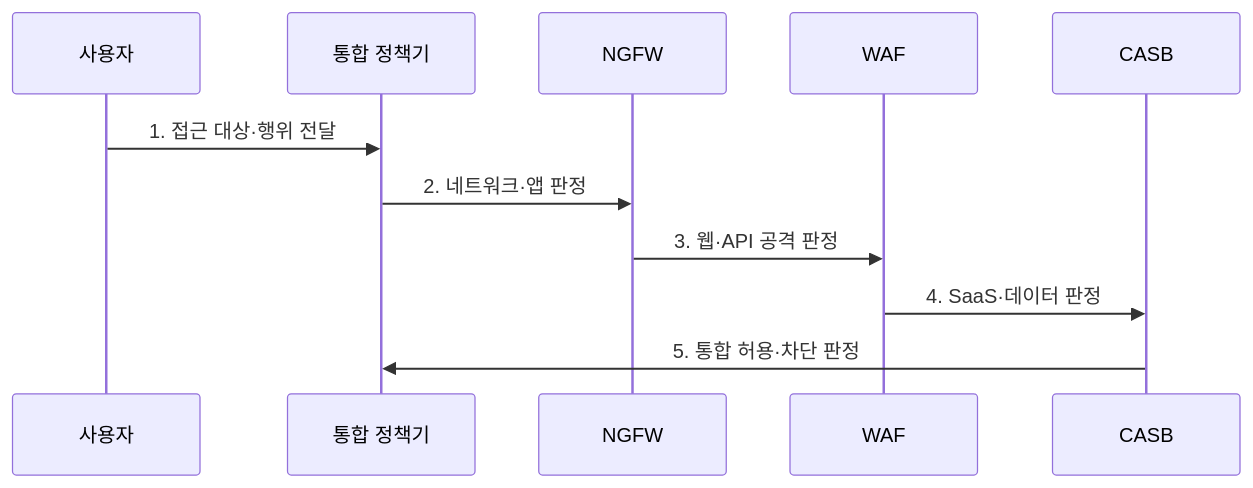
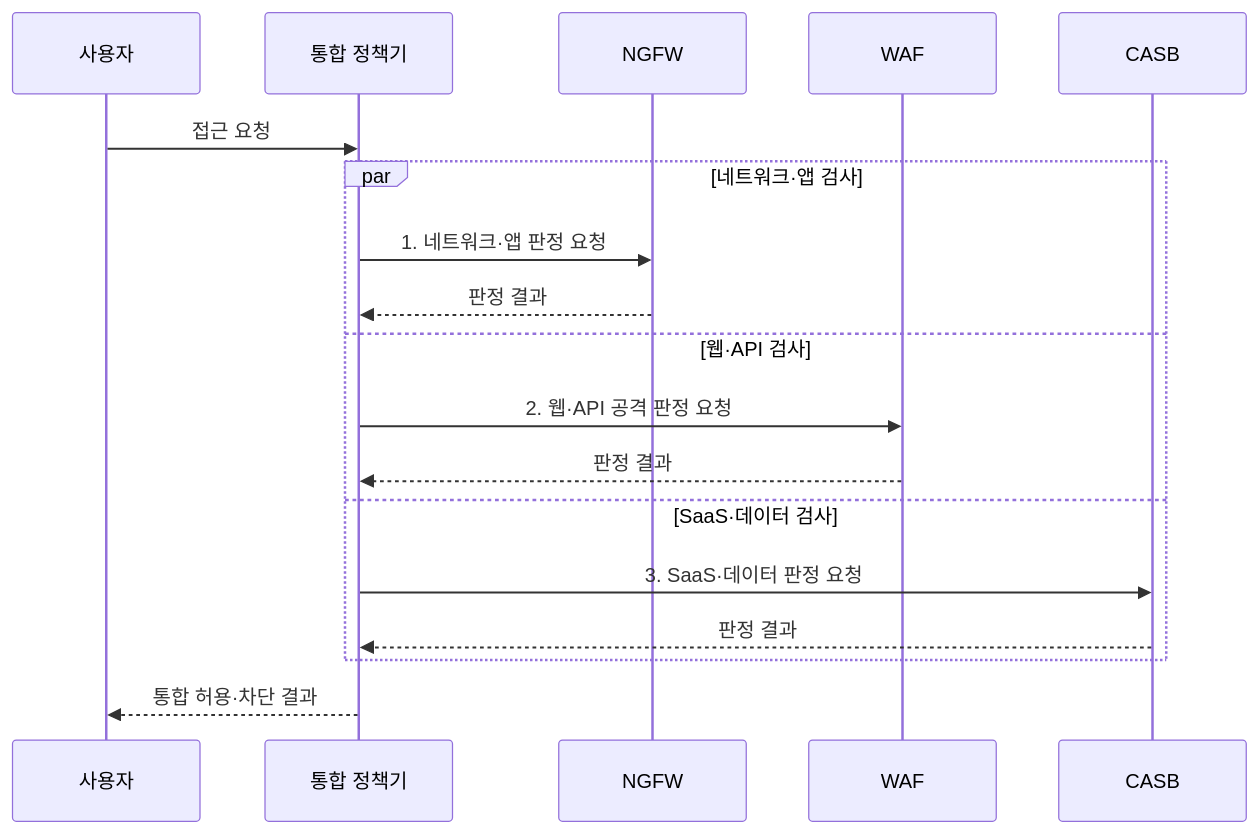
The second of 2 diagrams in src/content/docs/notes/05-security/022_ngfw_waf_casb_comparison.md (agnusdei1207/knowledge-base), drawn with Mermaid before and after one commit. The commit also changed other lines of this file and 20 other files, not shown here.

````diff
--- a/src/content/docs/notes/05-security/022_ngfw_waf_casb_comparison.md
+++ b/src/content/docs/notes/05-security/022_ngfw_waf_casb_comparison.md
@@ -88,13 +81,20 @@
 ```mermaid
 sequenceDiagram
     participant U as 사용자
     participant P as 통합 정책기
     participant N as NGFW
     participant W as WAF
     participant C as CASB
-    U->>P: 1. 접근 대상·행위 전달
-    P->>N: 2. 네트워크·앱 판정
-    N->>W: 3. 웹·API 공격 판정
-    W->>C: 4. SaaS·데이터 판정
-    C->>P: 5. 통합 허용·차단 판정
+    U->>P: 접근 요청
+    par 네트워크·앱 검사
+        P->>N: 1. 네트워크·앱 판정 요청
+        N-->>P: 판정 결과
+    and 웹·API 검사
+        P->>W: 2. 웹·API 공격 판정 요청
+        W-->>P: 판정 결과
+    and SaaS·데이터 검사
+        P->>C: 3. SaaS·데이터 판정 요청
+        C-->>P: 판정 결과
+    end
+    P-->>U: 통합 허용·차단 결과
 ```
````
